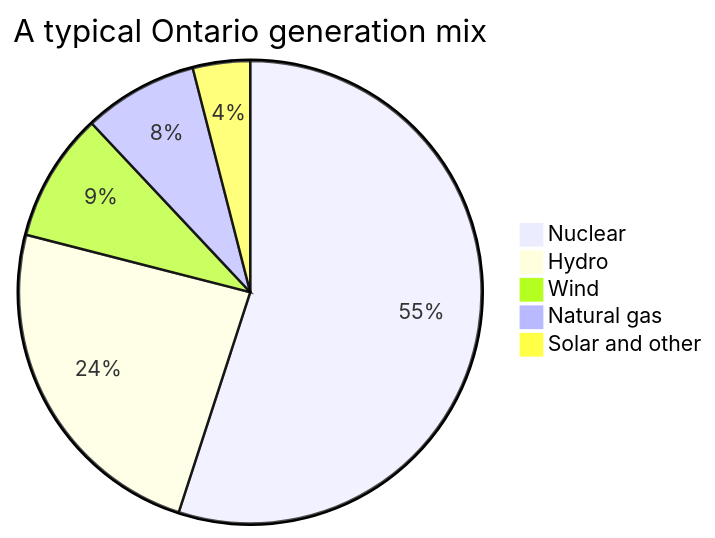
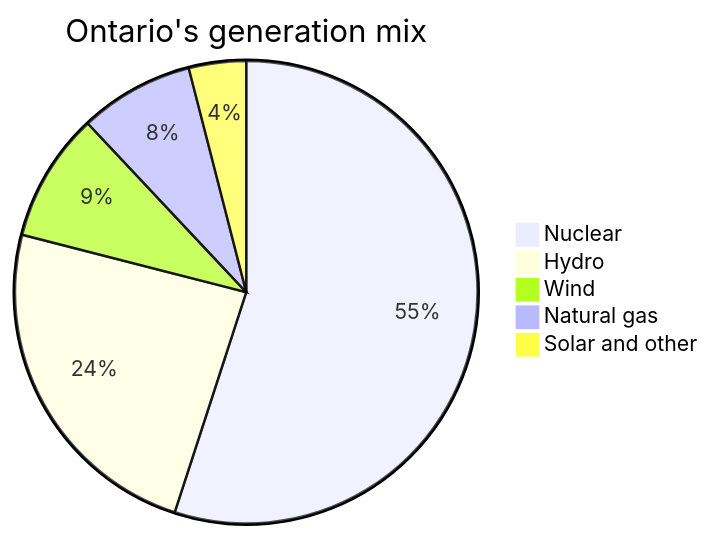
One commit to russellgordon/containerized-quartz-for-teachers changed the diagram in support/example_content/SNC1W/shared/Concepts/Where Our Electricity Comes From.md. Above: the diagram before and after it, drawn with Mermaid. The commit also changed 31 other files, not shown here.

First line of the commit message:
Pie titles fit the chart mermaid actually draws

````diff
--- a/support/example_content/SNC1W/shared/Concepts/Where Our Electricity Comes From.md
+++ b/support/example_content/SNC1W/shared/Concepts/Where Our Electricity Comes From.md
@@ -25,8 +25,8 @@
 ```mermaid
-pie title A typical Ontario generation mix
+pie title Ontario's generation mix
     "Nuclear" : 55
     "Hydro" : 24
     "Wind" : 9
     "Natural gas" : 8
     "Solar and other" : 4
 ```
````
